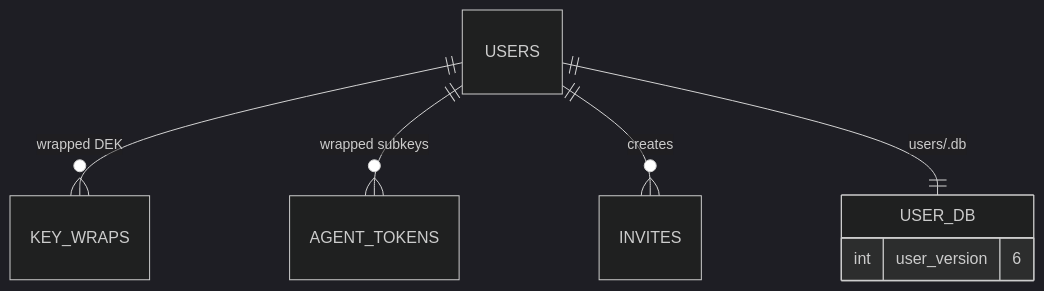
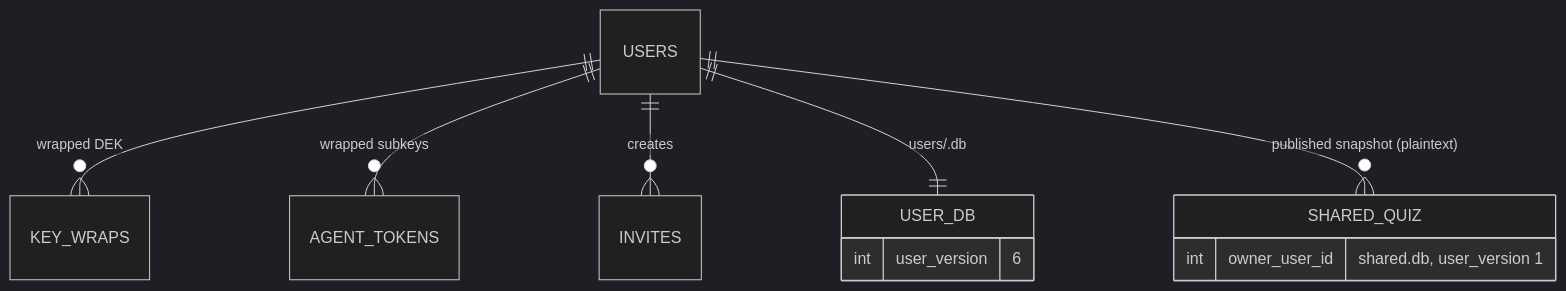
Before and after one commit to cobbdzon/ministudyui: the first of 3 diagrams in AGENTS.md, drawn with Mermaid (dark theme). The commit also changed other lines of this file and 32 other files, not shown here.

````diff
--- a/AGENTS.md
+++ b/AGENTS.md
@@ -28,10 +32,14 @@
 ```mermaid
 erDiagram
     USERS ||--o{ KEY_WRAPS : "wrapped DEK"
     USERS ||--o{ AGENT_TOKENS : "wrapped subkeys"
     USERS ||--o{ INVITES : creates
     USERS ||--|| USER_DB : "users/<id>.db"
+    USERS ||--o{ SHARED_QUIZ : "published snapshot (plaintext)"
     USER_DB {
       int user_version "6"
     }
+    SHARED_QUIZ {
+      int owner_user_id "shared.db, user_version 1"
+    }
 ```
````
